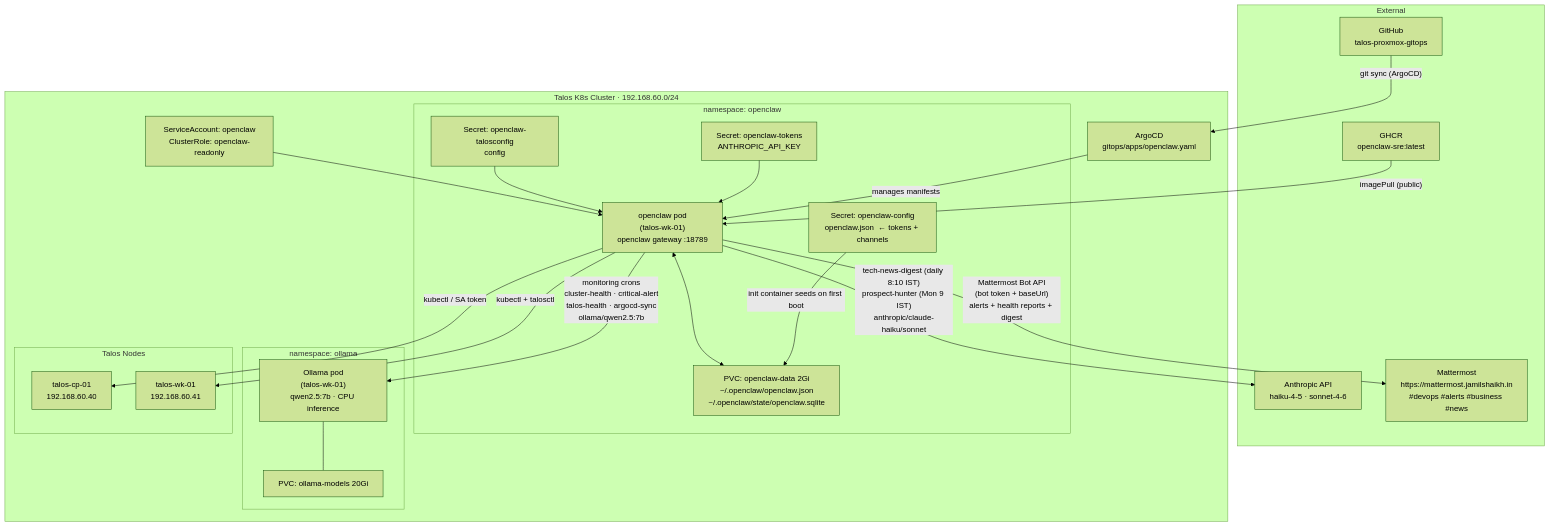
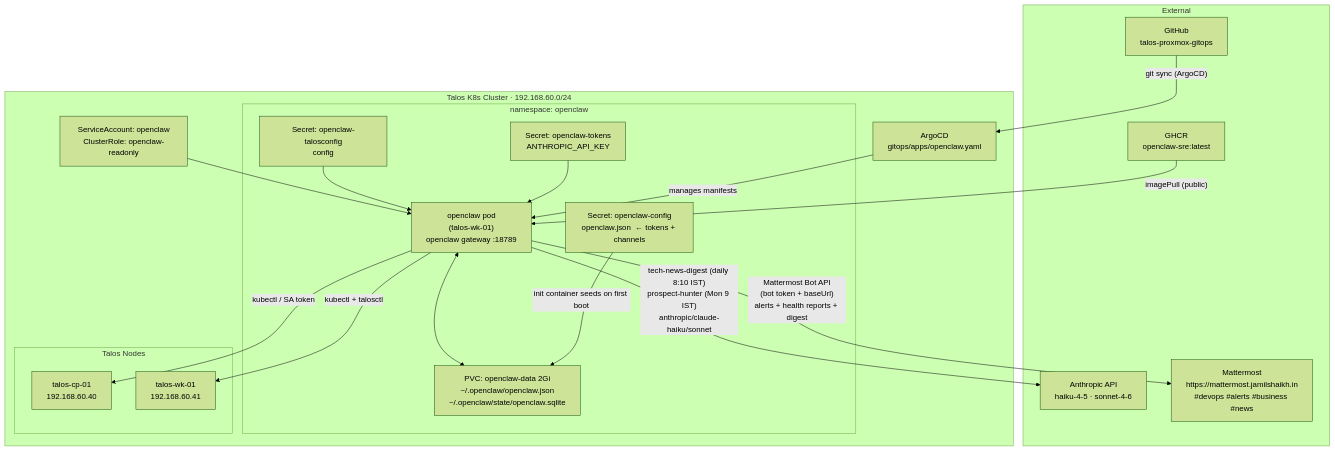
The diagram in docs/openclaw-architecture.md (jamilshaikh07/talos-proxmox-gitops), drawn with Mermaid (forest theme) before and after one commit. The commit also changed other lines of this file and 1 other file, not shown here.

Commit message:
docs(openclaw): align architecture and BTS with haiku-only quiet-mode ops

````diff
--- a/docs/openclaw-architecture.md
+++ b/docs/openclaw-architecture.md
@@ -3,53 +3,45 @@
 ```mermaid
 flowchart TB
     subgraph ext ["External"]
         GH["GitHub\ntalos-proxmox-gitops"]
         GHCR["GHCR\nopenclaw-sre:latest"]
         ANT["Anthropic API\nhaiku-4-5 · sonnet-4-6"]
         MM["Mattermost\nhttps://mattermost.jamilshaikh.in\n#devops #alerts #business #news"]
     end
 
     subgraph cluster ["Talos K8s Cluster · 192.168.60.0/24"]
         ARGO["ArgoCD\ngitops/apps/openclaw.yaml"]
 
         subgraph ocns ["namespace: openclaw"]
             OC["openclaw pod\n(talos-wk-01)\nopenclaw gateway :18789"]
             PVC["PVC: openclaw-data 2Gi\n~/.openclaw/openclaw.json\n~/.openclaw/state/openclaw.sqlite"]
             SEC_CFG["Secret: openclaw-config\nopenclaw.json  ← tokens + channels"]
             SEC_TOK["Secret: openclaw-tokens\nANTHROPIC_API_KEY"]
             SEC_TAL["Secret: openclaw-talosconfig\nconfig"]
         end
 
-        subgraph ollns ["namespace: ollama"]
-            OLL["Ollama pod\n(talos-wk-01)\nqwen2.5:7b · CPU inference"]
-            OLLPVC["PVC: ollama-models 20Gi"]
-        end
-
         subgraph nodes ["Talos Nodes"]
             CP["talos-cp-01\n192.168.60.40"]
             WK["talos-wk-01\n192.168.60.41"]
         end
 
         SA["ServiceAccount: openclaw\nClusterRole: openclaw-readonly"]
     end
 
     GH -->|"git sync (ArgoCD)"| ARGO
     ARGO -->|"manages manifests"| OC
     GHCR -->|"imagePull (public)"| OC
 
     SEC_CFG -->|"init container seeds on first boot"| PVC
     SEC_TOK --> OC
     SEC_TAL --> OC
     SA --> OC
     OC <--> PVC
 
-    OC -->|"monitoring crons\ncluster-health · critical-alert\ntalos-health · argocd-sync\nollama/qwen2.5:7b"| OLL
-    OLL --- OLLPVC
-
     OC -->|"tech-news-digest (daily 8:10 IST)\nprospect-hunter (Mon 9 IST)\nanthropic/claude-haiku/sonnet"| ANT
 
     OC -->|"kubectl / SA token"| CP
     OC -->|"kubectl + talosctl"| WK
 
     OC -->|"Mattermost Bot API\n(bot token + baseUrl)\nalerts + health reports + digest"| MM
 ```
````
